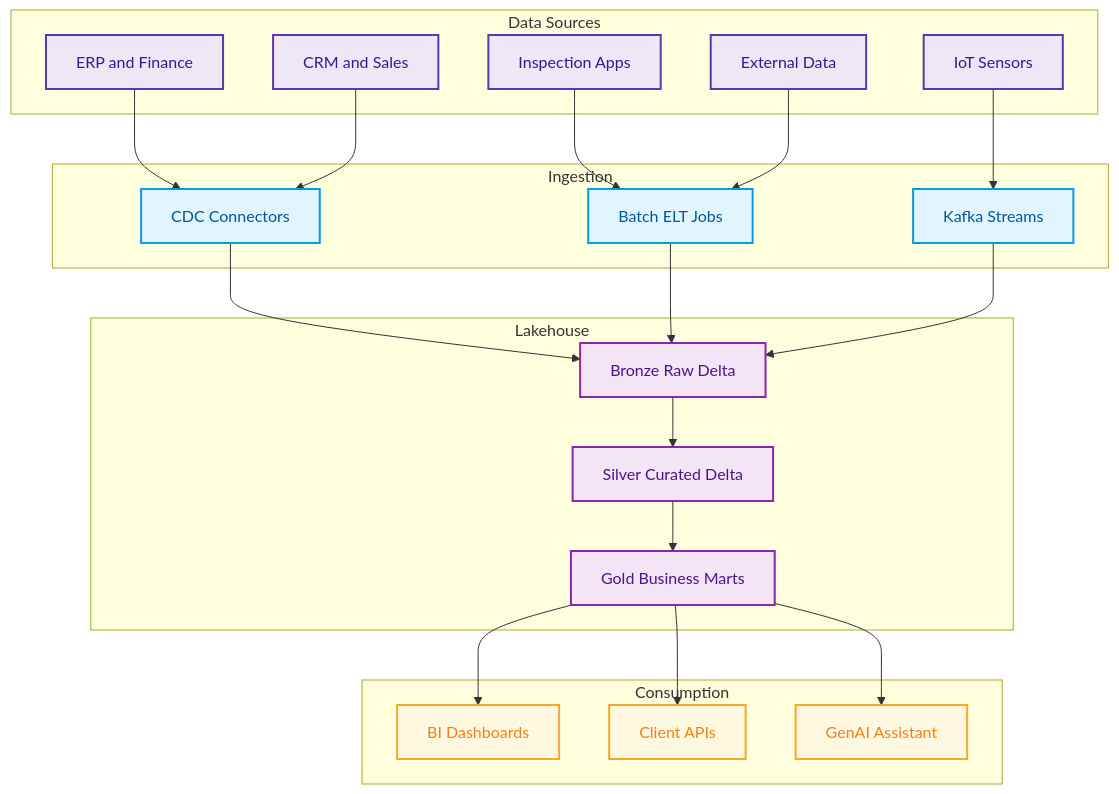
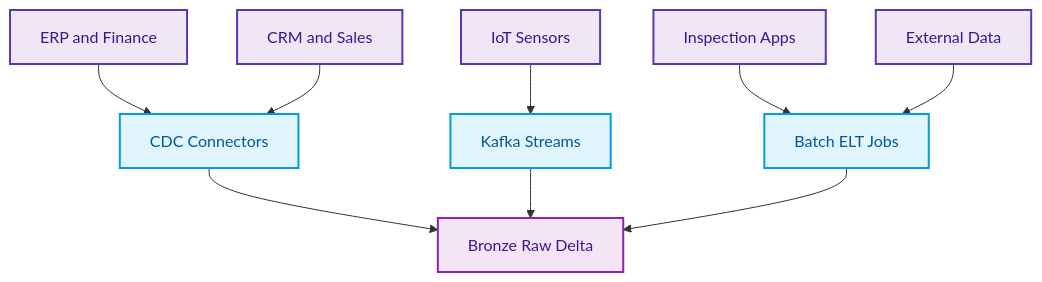
Before and after one commit to willtran112358/socotec-client-data-solution: the third of 13 diagrams in README.md, drawn with Mermaid. The commit also changed other lines of this file, not shown here.

Commit message:
Split large Mermaid diagrams into mobile-friendly chunks.
Break architecture and DLT internals into smaller top-down charts so each diagram fits narrow screens and is readable without zooming.

````diff
--- a/README.md
+++ b/README.md
@@ -106,50 +106,18 @@
 ```mermaid
 flowchart TB
-    subgraph S1[Data Sources]
-        ERP[ERP and Finance]
-        CRM[CRM and Sales]
-        IOT[IoT Sensors]
-        APP[Inspection Apps]
-        EXT[External Data]
-    end
-
-    subgraph S2[Ingestion]
-        CDC[CDC Connectors]
-        BATCH[Batch ELT Jobs]
-        STREAM[Kafka Streams]
-    end
-
-    subgraph S3[Lakehouse]
-        BRONZE[Bronze Raw Delta]
-        SILVER[Silver Curated Delta]
-        GOLD[Gold Business Marts]
-    end
-
-    subgraph S4[Consumption]
-        BI[BI Dashboards]
-        API[Client APIs]
-        GENAI[GenAI Assistant]
-    end
-
-    ERP --> CDC
-    CRM --> CDC
-    IOT --> STREAM
-    APP --> BATCH
-    EXT --> BATCH
-    CDC --> BRONZE
+    ERP[ERP and Finance] --> CDC[CDC Connectors]
+    CRM[CRM and Sales] --> CDC
+    IOT[IoT Sensors] --> STREAM[Kafka Streams]
+    APP[Inspection Apps] --> BATCH[Batch ELT Jobs]
+    EXT[External Data] --> BATCH
+    CDC --> BRONZE[Bronze Raw Delta]
+    STREAM --> BRONZE
     BATCH --> BRONZE
-    STREAM --> BRONZE
-    BRONZE --> SILVER --> GOLD
-    GOLD --> BI
-    GOLD --> API
-    GOLD --> GENAI
 
     classDef src fill:#EDE7F6,stroke:#5E35B1,stroke-width:2px,color:#311B92;
     classDef ing fill:#E1F5FE,stroke:#039BE5,stroke-width:2px,color:#01579B;
     classDef med fill:#F3E5F5,stroke:#8E24AA,stroke-width:2px,color:#4A148C;
-    classDef con fill:#FFF8E1,stroke:#F9A825,stroke-width:2px,color:#F57F17;
     class ERP,CRM,IOT,APP,EXT src;
     class CDC,BATCH,STREAM ing;
-    class BRONZE,SILVER,GOLD med;
-    class BI,API,GENAI con;
+    class BRONZE med;
 ```
````
